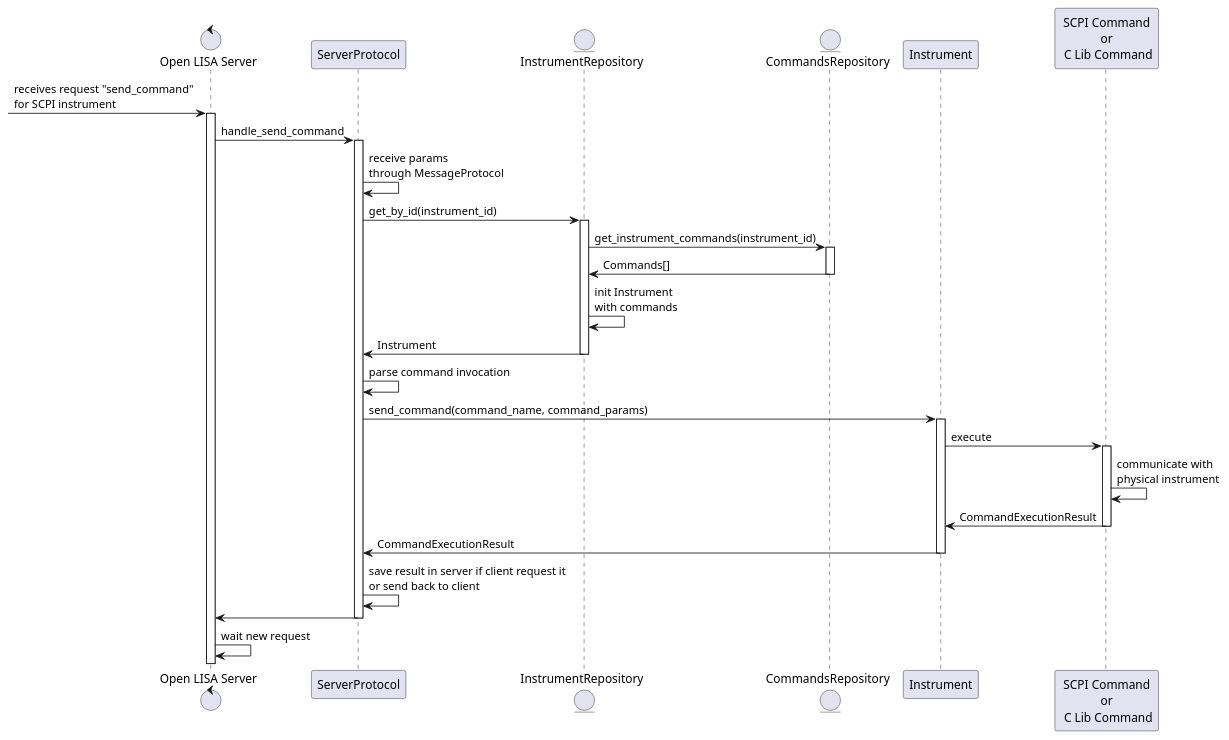
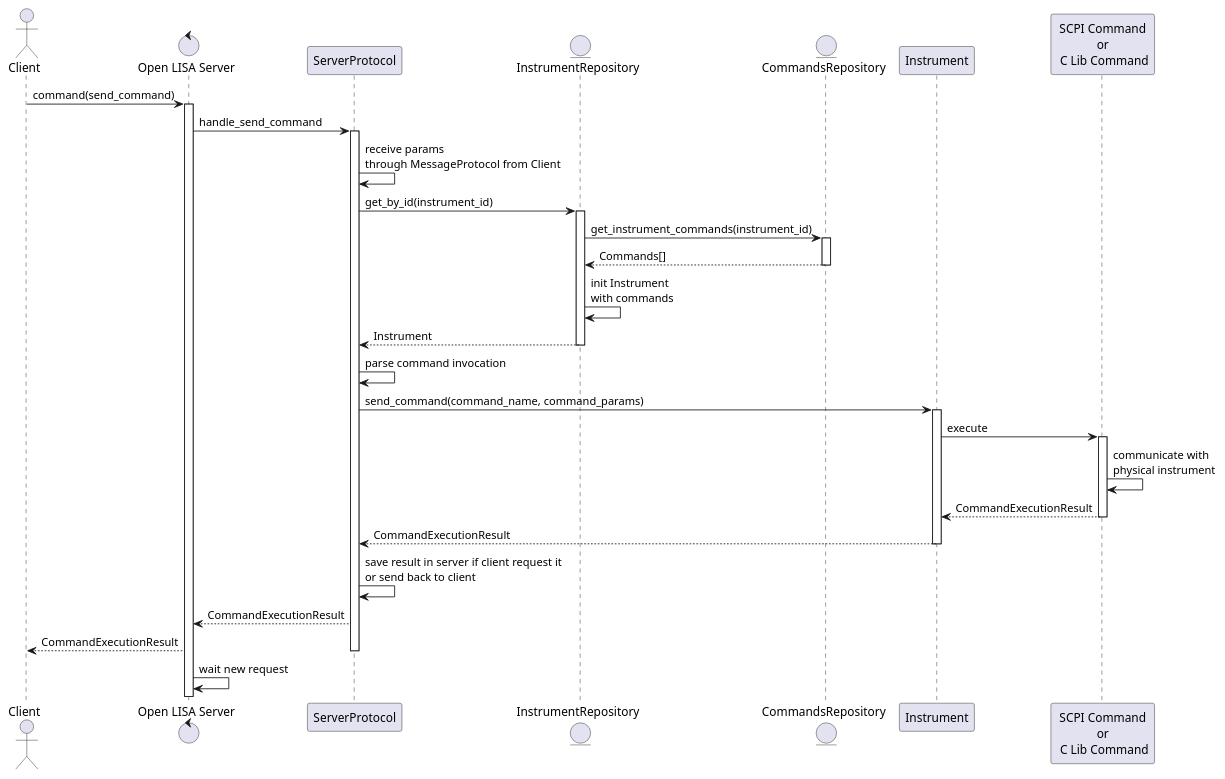
One commit to open-lisa/Open-LISA-Server changed the diagram in docs/diagrams/sequence_diagram_generic_command.puml. Above: the diagram before and after it, drawn with PlantUML. The commit also changed 1 other file, not shown here.

Commit message:
fix sequence diagram

```diff
--- a/docs/diagrams/sequence_diagram_generic_command.puml
+++ b/docs/diagrams/sequence_diagram_generic_command.puml
@@ -1,47 +1,49 @@
 @startuml
 
+actor "Client" as CLIENT
 control "Open LISA Server" as SERVER
 participant ServerProtocol as SP
 entity InstrumentRepository as IREPO
 entity CommandsRepository as CREPO
 participant Instrument as INSTRUMENT
 participant "SCPI Command\nor\n C Lib Command" as COMMAND
 
 
- -> SERVER : receives request "send_command" \nfor SCPI instrument
+ CLIENT -> SERVER : command(send_command)
  activate SERVER
 
-SERVER -> SP : handle_send_command
+  SERVER -> SP : handle_send_command
   activate SP
-  SP -> SP : receive params \nthrough MessageProtocol
+  SP -> SP : receive params \nthrough MessageProtocol from Client
   SP -> IREPO : get_by_id(instrument_id)
     activate IREPO
     IREPO -> CREPO : get_instrument_commands(instrument_id)
       activate CREPO
-      IREPO <- CREPO : Commands[]
+      IREPO <-- CREPO : Commands[]
       deactivate CREPO
     IREPO -> IREPO : init Instrument \nwith commands
-    SP <- IREPO : Instrument
+    SP <-- IREPO : Instrument
     deactivate IREPO
 
   SP -> SP : parse command invocation
     SP -> INSTRUMENT : send_command(command_name, command_params)
     activate INSTRUMENT
     INSTRUMENT -> COMMAND : execute
       activate COMMAND
         COMMAND -> COMMAND : communicate with \nphysical instrument
-        INSTRUMENT <- COMMAND : CommandExecutionResult
+        INSTRUMENT <-- COMMAND : CommandExecutionResult
       deactivate COMMAND
-      SP <- INSTRUMENT : CommandExecutionResult
+      SP <-- INSTRUMENT : CommandExecutionResult
     deactivate INSTRUMENT
 
   SP -> SP : save result in server if client request it\nor send back to client
-  SERVER <- SP
+  SERVER <-- SP : CommandExecutionResult
+  CLIENT <-- SERVER : CommandExecutionResult
   deactivate SP
 
   SERVER -> SERVER : wait new request
 
 
 
 
 @enduml
```
